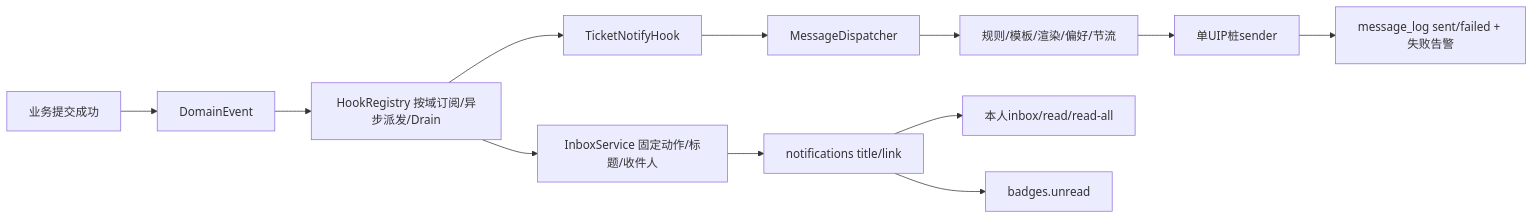
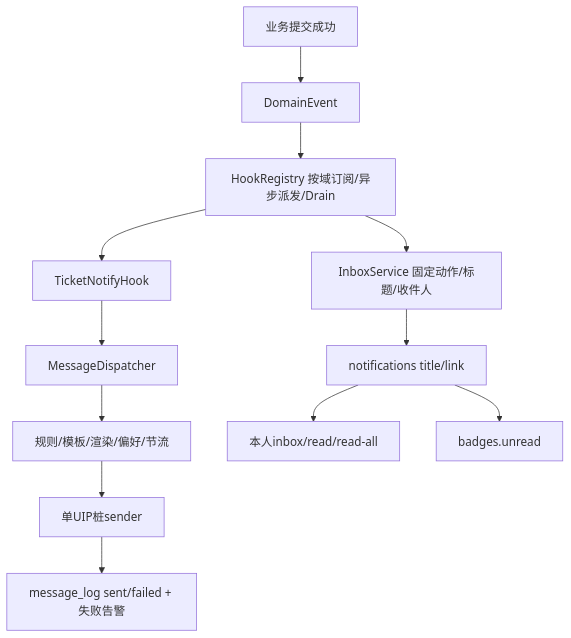
Before and after one commit to tracerbiubiubiu/zhuzhao: the diagram in docs/phase5/06-s6-message-notification.md, drawn with Mermaid. The commit also changed other lines of this file and 24 other files, not shown here.

````diff
--- a/docs/phase5/06-s6-message-notification.md
+++ b/docs/phase5/06-s6-message-notification.md
@@ -18,14 +18,14 @@
 ```mermaid
-flowchart LR
+flowchart TD
     COMMIT[业务提交成功] --> EV[DomainEvent]
     EV --> BUS[HookRegistry 按域订阅/异步派发/Drain]
     BUS --> HOOK[TicketNotifyHook]
     HOOK --> DISP[MessageDispatcher]
     DISP --> RULE[规则/模板/渲染/偏好/节流]
     RULE --> UIP[单UIP桩sender]
     UIP --> LOG[message_log sent/failed + 失败告警]
     BUS --> INBOX[InboxService 固定动作/标题/收件人]
     INBOX --> N[notifications title/link]
     N --> SELF[本人inbox/read/read-all]
     N --> BADGE[badges.unread]
 ```
````
